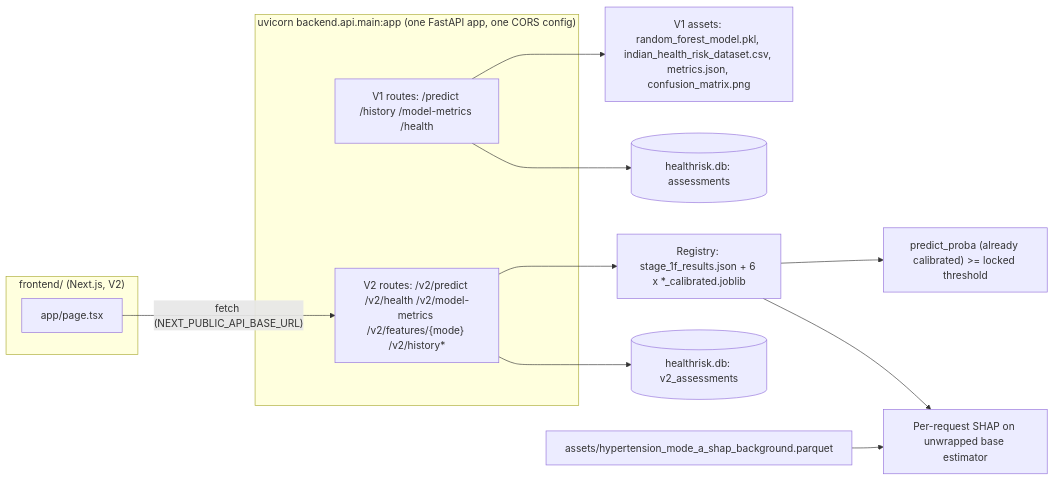
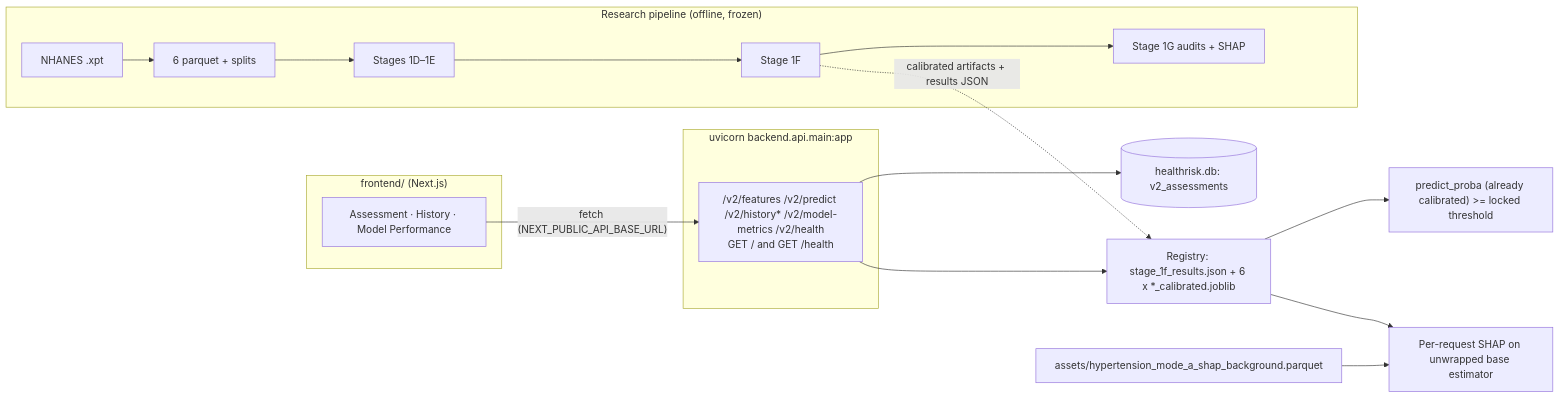
One commit to nmit-1NT23CS201/AI-Health-Risk-Scoring-System changed the diagram in docs/architecture.md. Above: the diagram before and after it, drawn with Mermaid. The commit also changed other lines of this file and 46 other files, not shown here.

Commit message:
Complete V2 system: FastAPI inference, live SHAP, Next.js UI, and V1 retirement

````diff
--- a/docs/architecture.md
+++ b/docs/architecture.md
@@ -84,18 +78,19 @@
 ```mermaid
 flowchart LR
-    subgraph FE["frontend/ (Next.js, V2)"]
-        P["app/page.tsx"]
+    subgraph FE["frontend/ (Next.js)"]
+        P["Assessment · History · Model Performance"]
     end
-    subgraph APP["uvicorn backend.api.main:app (one FastAPI app, one CORS config)"]
-        V1["V1 routes: /predict /history /model-metrics /health"]
-        V2["V2 routes: /v2/predict /v2/health /v2/model-metrics /v2/features/{mode} /v2/history*"]
+    subgraph APP["uvicorn backend.api.main:app"]
+        R["/v2/features /v2/predict /v2/history* /v2/model-metrics /v2/health<br/>GET / and GET /health"]
     end
-    P -- "fetch (NEXT_PUBLIC_API_BASE_URL)" --> V2
-    V1 --> V1A["V1 assets: random_forest_model.pkl, indian_health_risk_dataset.csv, metrics.json, confusion_matrix.png"]
-    V1 --> DB[("healthrisk.db: assessments")]
-    V2 --> REG["Registry: stage_1f_results.json + 6 x *_calibrated.joblib"]
+    P -- "fetch (NEXT_PUBLIC_API_BASE_URL)" --> R
+    R --> REG["Registry: stage_1f_results.json + 6 x *_calibrated.joblib"]
     REG --> PRED["predict_proba (already calibrated) >= locked threshold"]
     REG --> SHAP["Per-request SHAP on unwrapped base estimator"]
-    V2 --> DB2[("healthrisk.db: v2_assessments")]
     BG["assets/hypertension_mode_a_shap_background.parquet"] --> SHAP
+    R --> DB[("healthrisk.db: v2_assessments")]
+    subgraph RES["Research pipeline (offline, frozen)"]
+        NH["NHANES .xpt"] --> PQ["6 parquet + splits"] --> TR["Stages 1D–1E"] --> CAL["Stage 1F"] --> AUD["Stage 1G audits + SHAP"]
+    end
+    CAL -. "calibrated artifacts + results JSON" .-> REG
 ```
````
